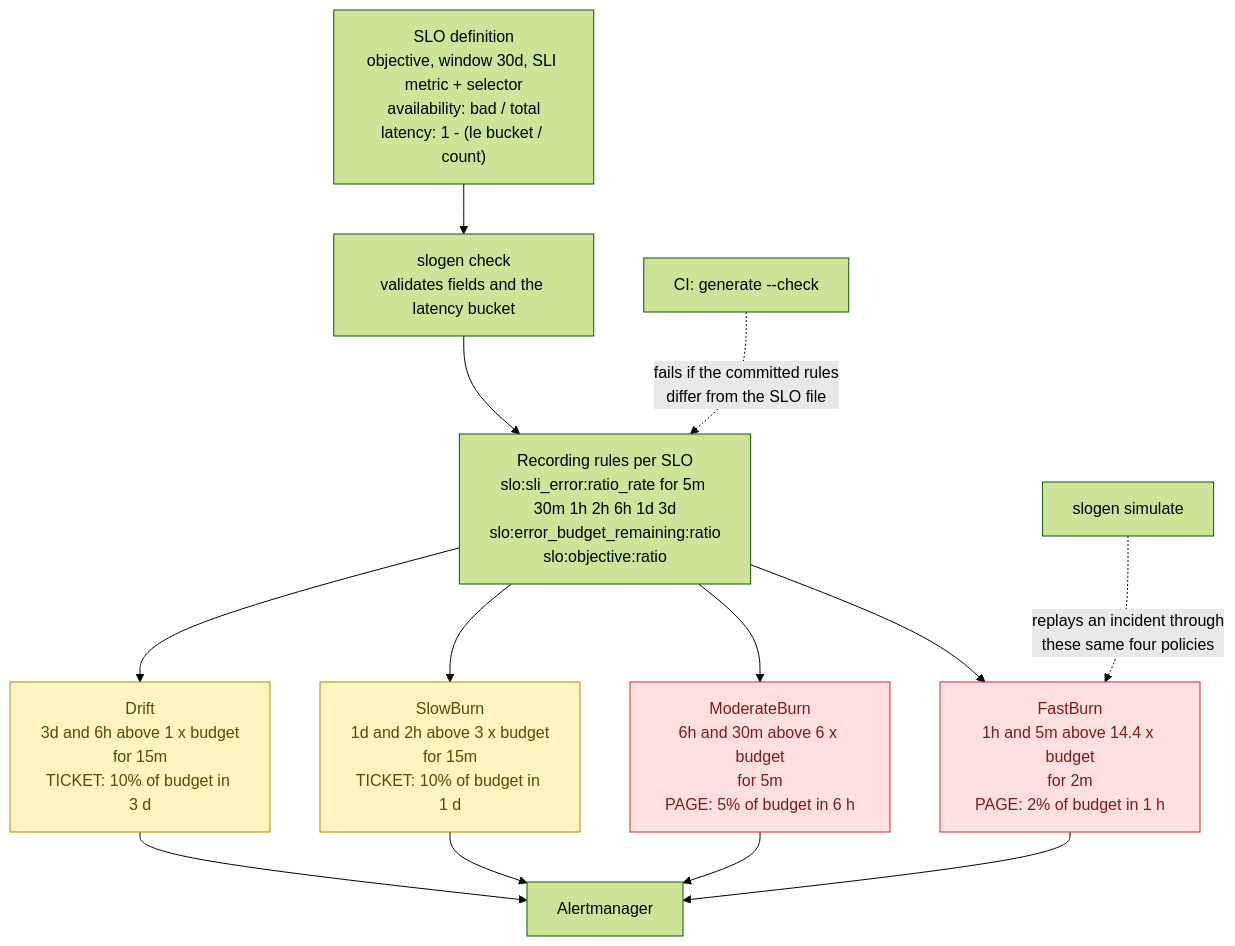
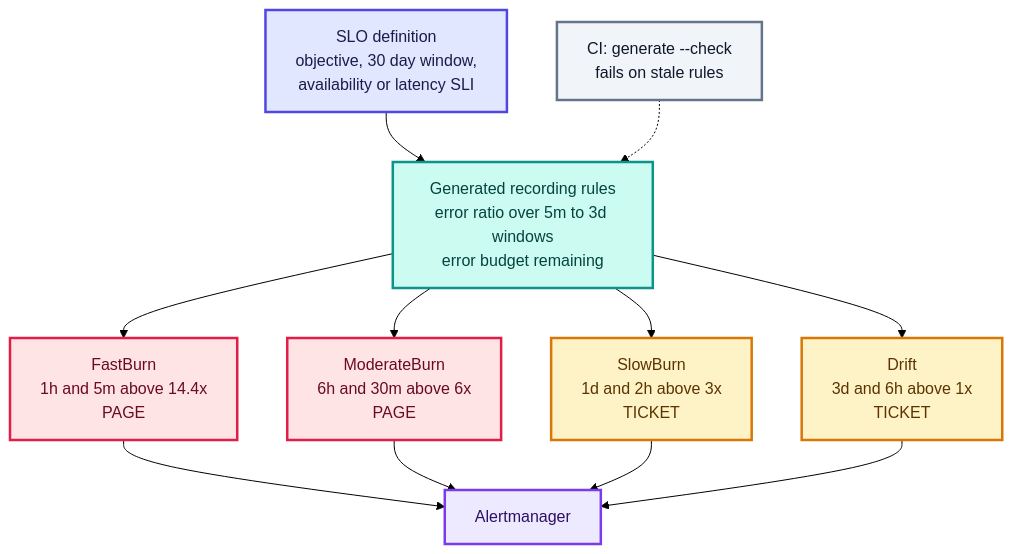
Before and after one commit to Joxejaime/Projects-2026: the second of 5 diagrams in projects/sre-reliability-lab/docs/schematics/README.md, drawn with Mermaid (forest theme). The commit also changed other lines of this file and 62 other files, not shown here.

First line of the commit message:
Colour the schematics and add LinkedIn cards and carousels

````diff
--- a/projects/sre-reliability-lab/docs/schematics/README.md
+++ b/projects/sre-reliability-lab/docs/schematics/README.md
@@ -56,26 +62,39 @@
 ```mermaid
 %% title: From SLO to alerts
-%% caption: slogen/rules.py and slogen/policies.py. An SLO is stated once; the recording rules and the four burn-rate alerts are generated from it, never hand-written. Each alert needs BOTH windows above threshold (burn rate x error budget): the long window proves the burn is significant, the short window proves it is still happening, so the alert clears quickly after a fix.
-flowchart TD
-    def["SLO definition<br/>objective, window 30d, SLI metric + selector<br/>availability: bad / total<br/>latency: 1 - (le bucket / count)"]
-    def --> val["slogen check<br/>validates fields and the latency bucket"]
-    val --> rec["Recording rules per SLO<br/>slo:sli_error:ratio_rate for 5m 30m 1h 2h 6h 1d 3d<br/>slo:error_budget_remaining:ratio<br/>slo:objective:ratio"]
-
-    rec --> fast["FastBurn<br/>1h and 5m above 14.4 x budget<br/>for 2m<br/>PAGE: 2% of budget in 1 h"]
-    rec --> mod["ModerateBurn<br/>6h and 30m above 6 x budget<br/>for 5m<br/>PAGE: 5% of budget in 6 h"]
-    rec --> slow["SlowBurn<br/>1d and 2h above 3 x budget<br/>for 15m<br/>TICKET: 10% of budget in 1 d"]
-    rec --> drift["Drift<br/>3d and 6h above 1 x budget<br/>for 15m<br/>TICKET: 10% of budget in 3 d"]
-
-    fast --> am["Alertmanager"]
+%% headline: One SLO file generates every alert
+%% takeaway: Four burn-rate alerts: two page someone, two open tickets.
+%% legend: entry=SLO definition,guard=Generated rules,alert=Page,data=Ticket,obs=Alertmanager,neutral=CI check
+%% caption: slogen/rules.py and slogen/policies.py. An SLO is stated once; the recording rules and the four burn-rate alerts are generated from it, never hand-written. Each alert needs BOTH windows above threshold (burn rate x error budget): the long window proves the burn is significant, the short window proves it is still happening, so the alert clears quickly after a fix. CI runs generate --check, and slogen simulate replays an incident through the same four policies.
+flowchart TB
+    def["SLO definition<br/>objective, 30 day window,<br/>availability or latency SLI"]
+    rec["Generated recording rules<br/>error ratio over 5m to 3d windows<br/>error budget remaining"]
+    fast["FastBurn<br/>1h and 5m above 14.4x<br/>PAGE"]
+    mod["ModerateBurn<br/>6h and 30m above 6x<br/>PAGE"]
+    slow["SlowBurn<br/>1d and 2h above 3x<br/>TICKET"]
+    drift["Drift<br/>3d and 6h above 1x<br/>TICKET"]
+    am["Alertmanager"]
+    ci["CI: generate --check<br/>fails on stale rules"]
+    def --> rec
+    rec --> fast
+    rec --> mod
+    rec --> slow
+    rec --> drift
+    fast --> am
     mod --> am
     slow --> am
     drift --> am
+    ci -.-> rec
 
-    ci["CI: generate --check"] -. "fails if the committed rules<br/>differ from the SLO file" .-> rec
-    sim["slogen simulate"] -. "replays an incident through<br/>these same four policies" .-> fast
-
-    classDef page fill:#ffe0e0,stroke:#c92a2a,color:#7a1c1c
-    classDef ticket fill:#fff3bf,stroke:#b08900,color:#5c4800
-    class fast,mod page
-    class slow,drift ticket
+    classDef entry fill:#E0E7FF,stroke:#4F46E5,stroke-width:2.5px,color:#1E1B4B
+    classDef guard fill:#CCFBF1,stroke:#0D9488,stroke-width:2.5px,color:#04443F
+    classDef data fill:#FEF3C7,stroke:#D97706,stroke-width:2.5px,color:#5B3300
+    classDef obs fill:#EDE9FE,stroke:#7C3AED,stroke-width:2.5px,color:#2E1065
+    classDef alert fill:#FFE4E6,stroke:#E11D48,stroke-width:2.5px,color:#6B0A20
+    classDef neutral fill:#F1F5F9,stroke:#64748B,stroke-width:2.5px,color:#0F172A
+    class def entry
+    class rec guard
+    class fast,mod alert
+    class slow,drift data
+    class am obs
+    class ci neutral
 ```
````
